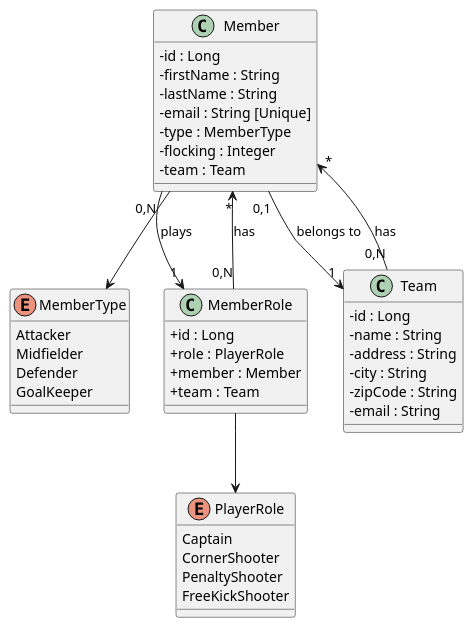
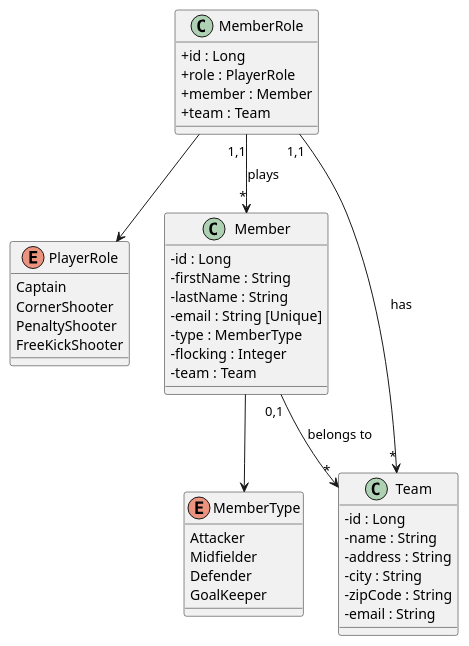
One commit to ETML-ES-FWBE/ZucchinIT changed the diagram in docs/domain_model.puml. Above: the diagram before and after it, drawn with PlantUML. The commit also changed 4 other files, not shown here.

```diff
--- a/docs/domain_model.puml
+++ b/docs/domain_model.puml
@@ -1,53 +1,52 @@
 @startuml
 
 skinparam classAttributeIconSize 0
 
 enum MemberType {
      Attacker
      Midfielder
      Defender
      GoalKeeper
 }
 
 enum PlayerRole {
     Captain
     CornerShooter
     PenaltyShooter
     FreeKickShooter
 }
 
 class Member {
     - id : Long
     - firstName : String
     - lastName : String
     - email : String [Unique]
     - type : MemberType
     - flocking : Integer
     - team : Team
 }
 
 class MemberRole {
     + id : Long
     + role : PlayerRole
     + member : Member
     + team : Team
 }
 
 class Team {
     - id : Long
     - name : String
     - address : String
     - city : String
     - zipCode : String
     - email : String
 }
 
 Member --> MemberType
 MemberRole --> PlayerRole
 
-Member "0,1" --> "1" Team : "belongs to"
-Team "0,N" --> "*" Member : "has"
+Member "0,1" --> "*" Team : "belongs to"
 
-Member "0,N" --> "1" MemberRole : "plays"
-MemberRole "0,N" --> "*" Member : "has"
+MemberRole "1,1" --> "*" Member : "plays"
+MemberRole "1,1" --> "*" Team : "has"
 @enduml
```
